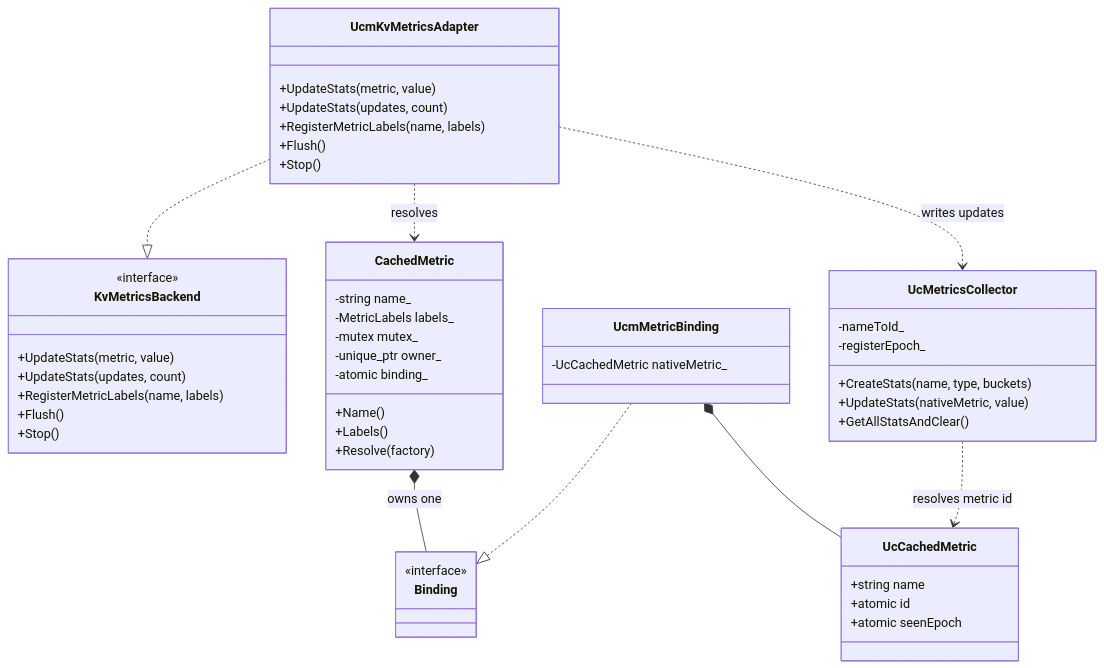
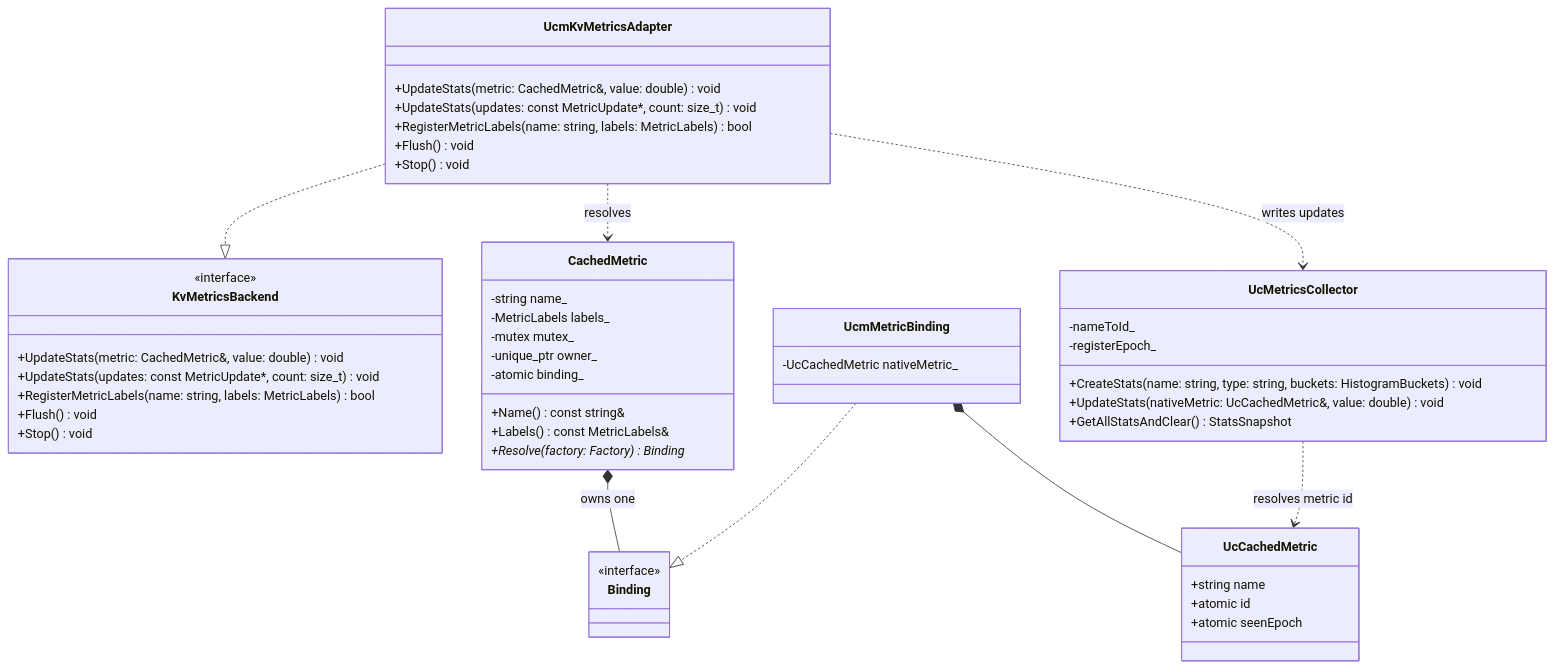
The fourth of 11 diagrams in kv_semantics/metrics/docs/kv_metrics_facade_story_design.md (yuanzhg078/unified-cache-management), drawn with Mermaid before and after one commit. The commit also changed other lines of this file, not shown here.

````diff
--- a/kv_semantics/metrics/docs/kv_metrics_facade_story_design.md
+++ b/kv_semantics/metrics/docs/kv_metrics_facade_story_design.md
@@ -253,54 +253,54 @@
 ```mermaid
 classDiagram
     direction TB
     class KvMetricsBackend {
         <<interface>>
-        +UpdateStats(metric, value)
-        +UpdateStats(updates, count)
-        +RegisterMetricLabels(name, labels)
-        +Flush()
-        +Stop()
+        +UpdateStats(metric: CachedMetric&, value: double) void
+        +UpdateStats(updates: const MetricUpdate*, count: size_t) void
+        +RegisterMetricLabels(name: string, labels: MetricLabels) bool
+        +Flush() void
+        +Stop() void
     }
     class UcmKvMetricsAdapter {
-        +UpdateStats(metric, value)
-        +UpdateStats(updates, count)
-        +RegisterMetricLabels(name, labels)
-        +Flush()
-        +Stop()
+        +UpdateStats(metric: CachedMetric&, value: double) void
+        +UpdateStats(updates: const MetricUpdate*, count: size_t) void
+        +RegisterMetricLabels(name: string, labels: MetricLabels) bool
+        +Flush() void
+        +Stop() void
     }
     class CachedMetric {
         -string name_
         -MetricLabels labels_
         -mutex mutex_
         -unique_ptr owner_
         -atomic binding_
-        +Name()
-        +Labels()
-        +Resolve(factory)
+        +Name() const string&
+        +Labels() const MetricLabels&
+        +Resolve(factory: Factory) Binding*
     }
     class Binding {
         <<interface>>
     }
     class UcmMetricBinding {
         -UcCachedMetric nativeMetric_
     }
     class UcCachedMetric {
         +string name
         +atomic id
         +atomic seenEpoch
     }
     class UcMetricsCollector {
         -nameToId_
         -registerEpoch_
-        +CreateStats(name, type, buckets)
-        +UpdateStats(nativeMetric, value)
-        +GetAllStatsAndClear()
+        +CreateStats(name: string, type: string, buckets: HistogramBuckets) void
+        +UpdateStats(nativeMetric: UcCachedMetric&, value: double) void
+        +GetAllStatsAndClear() StatsSnapshot
     }
     UcmKvMetricsAdapter ..|> KvMetricsBackend
     UcmKvMetricsAdapter ..> CachedMetric : resolves
     CachedMetric *-- Binding : owns one
     UcmMetricBinding ..|> Binding
     UcmMetricBinding *-- UcCachedMetric
     UcmKvMetricsAdapter ..> UcMetricsCollector : writes updates
     UcMetricsCollector ..> UcCachedMetric : resolves metric id
 ```
````
